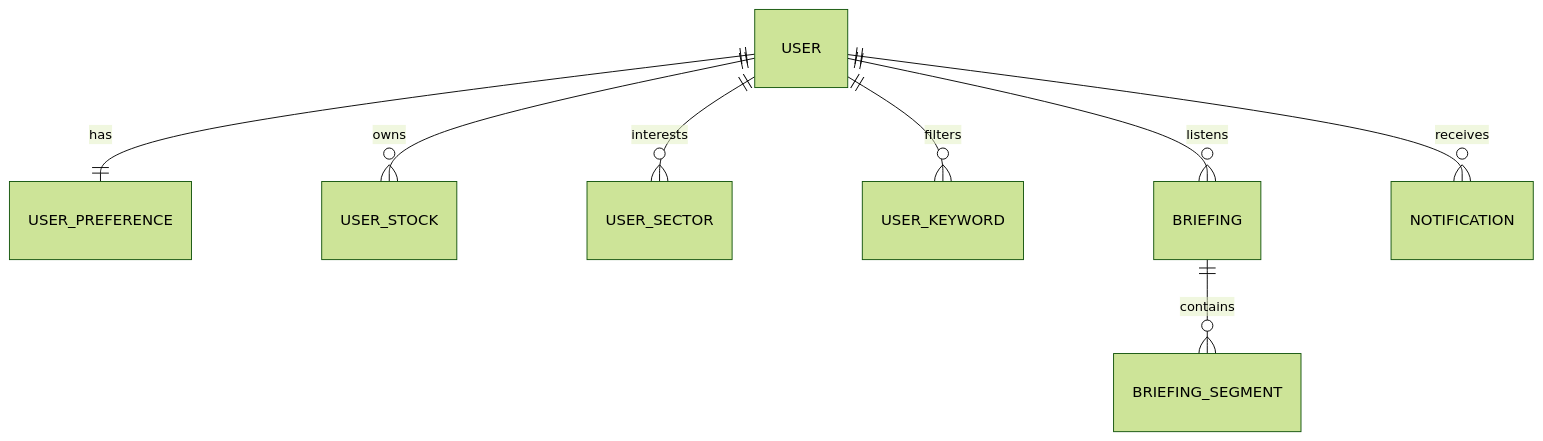
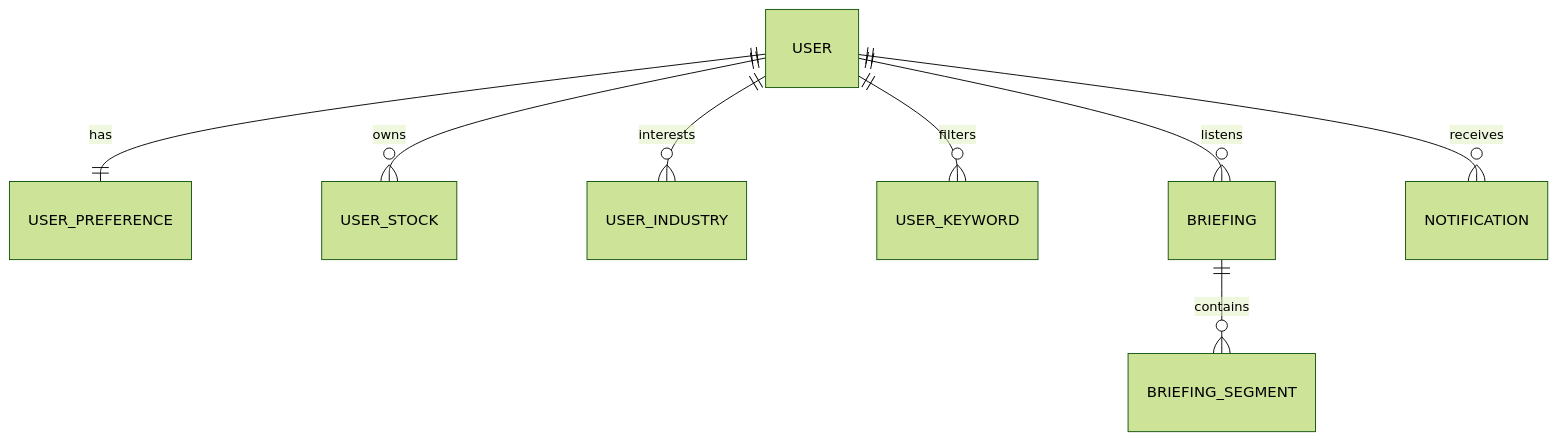
One commit to kom-cast/kom-cast-be changed the diagram in docs/domain_design.md. Above: the diagram before and after it, drawn with Mermaid (forest theme). The commit also changed other lines of this file and 1 other file, not shown here.

Commit message:
docs: update API spec and domain design documentation for industry refactoring

````diff
--- a/docs/domain_design.md
+++ b/docs/domain_design.md
@@ -9,10 +9,10 @@
 ```mermaid
 erDiagram
     USER ||--|| USER_PREFERENCE : has
     USER ||--o{ USER_STOCK : owns
-    USER ||--o{ USER_SECTOR : interests
+    USER ||--o{ USER_INDUSTRY : interests
     USER ||--o{ USER_KEYWORD : filters
     USER ||--o{ BRIEFING : listens
     USER ||--o{ NOTIFICATION : receives
     BRIEFING ||--o{ BRIEFING_SEGMENT : contains
 ```
````
